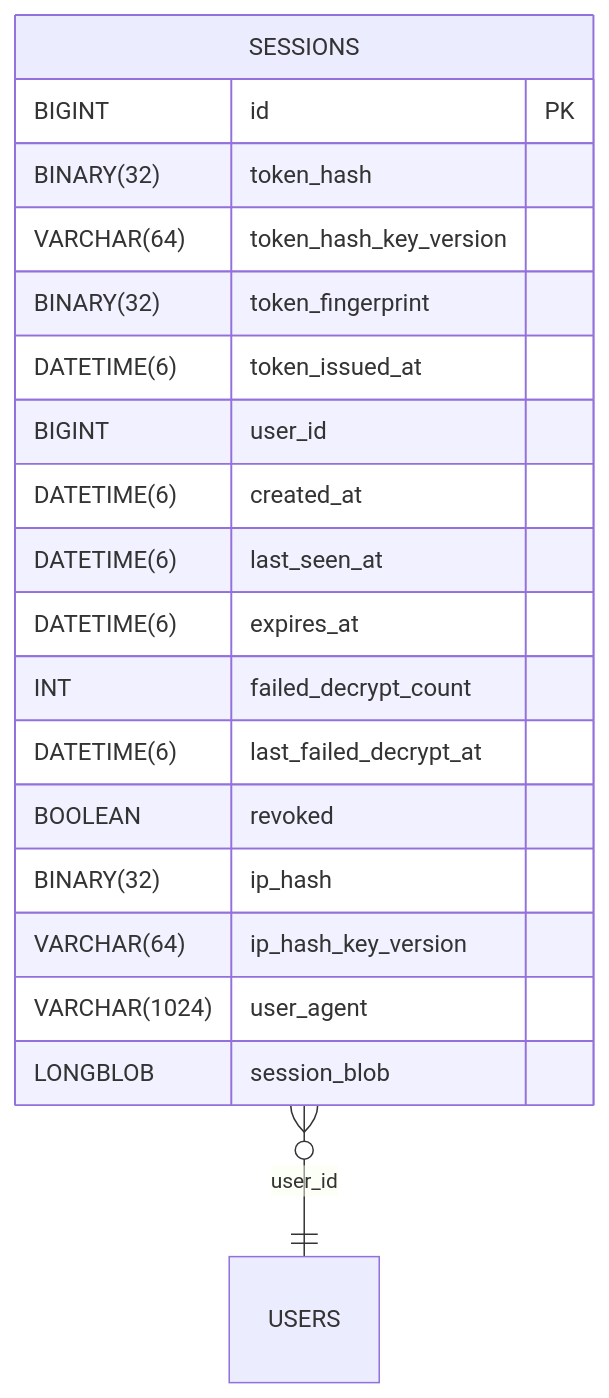
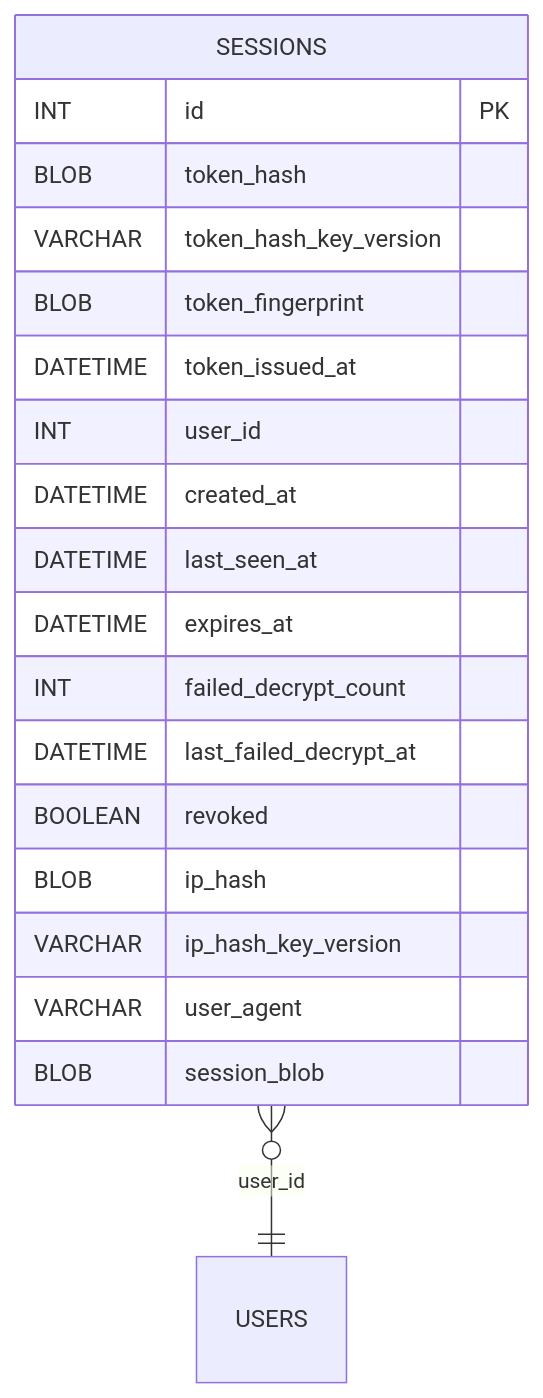
One commit to blackcatdatabase/table-sessions changed the diagram in README.md. Above: the diagram before and after it, drawn with Mermaid. The commit also changed other lines of this file, not shown here.

Commit message:
chore(schema): add/update generated schema + README (umbrella sync)

````diff
--- a/README.md
+++ b/README.md
@@ -63,22 +63,22 @@
 ```mermaid
 erDiagram
   SESSIONS {
-    BIGINT id PK
-    BINARY(32) token_hash
-    VARCHAR(64) token_hash_key_version
-    BINARY(32) token_fingerprint
-    DATETIME(6) token_issued_at
-    BIGINT user_id
-    DATETIME(6) created_at
-    DATETIME(6) last_seen_at
-    DATETIME(6) expires_at
+    INT id PK
+    BLOB token_hash
+    VARCHAR token_hash_key_version
+    BLOB token_fingerprint
+    DATETIME token_issued_at
+    INT user_id
+    DATETIME created_at
+    DATETIME last_seen_at
+    DATETIME expires_at
     INT failed_decrypt_count
-    DATETIME(6) last_failed_decrypt_at
+    DATETIME last_failed_decrypt_at
     BOOLEAN revoked
-    BINARY(32) ip_hash
-    VARCHAR(64) ip_hash_key_version
-    VARCHAR(1024) user_agent
-    LONGBLOB session_blob
+    BLOB ip_hash
+    VARCHAR ip_hash_key_version
+    VARCHAR user_agent
+    BLOB session_blob
   }
   SESSIONS }o--|| USERS : "user_id"
 ```
````
